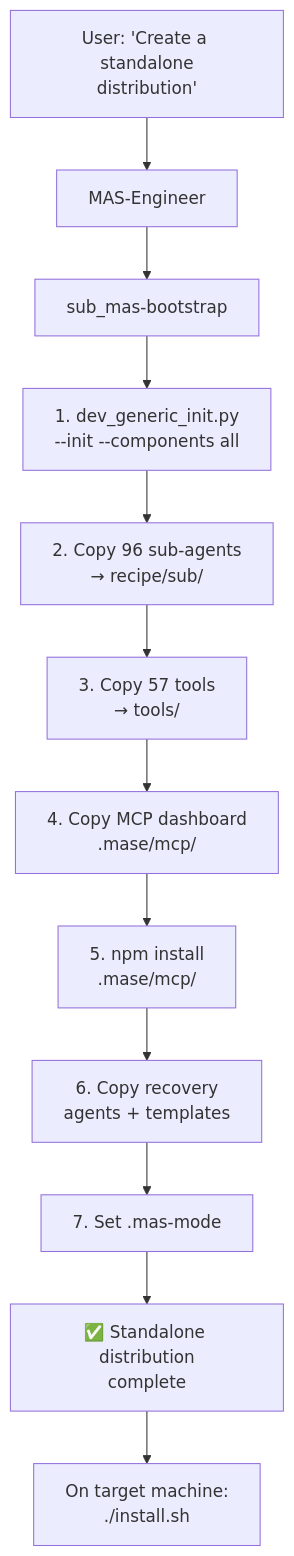
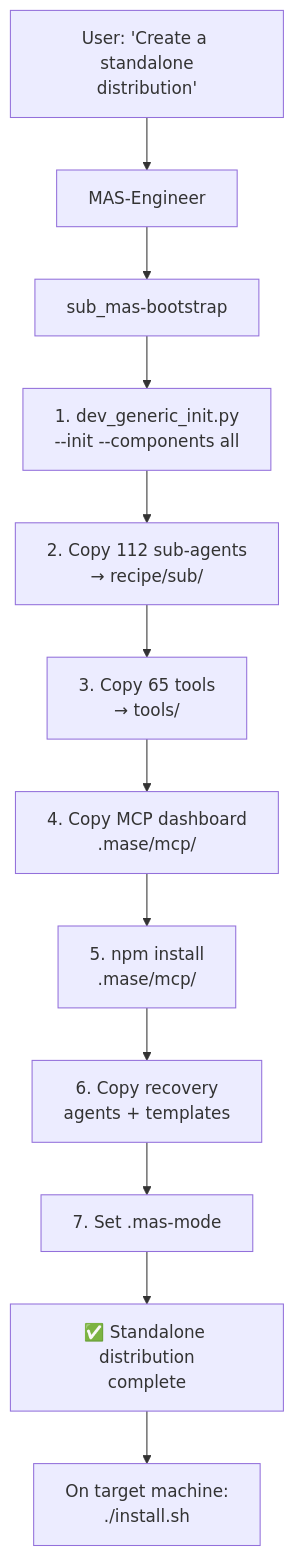
The third of 4 diagrams in docs/usage.md (mczardybon/mas-engineer), drawn with Mermaid before and after one commit. The commit also changed other lines of this file and 9 other files, not shown here.

````diff
--- a/docs/usage.md
+++ b/docs/usage.md
@@ -187,14 +187,14 @@
 ```mermaid
 flowchart TD
     USER["User: 'Create a standalone\ndistribution'"] --> ENGINEER["MAS-Engineer"]
     ENGINEER --> BOOTSTRAP["sub_mas-bootstrap"]
     BOOTSTRAP --> GEN["1. dev_generic_init.py\n--init --components all"]
-    GEN --> AGENTS["2. Copy 96 sub-agents\n→ recipe/sub/"]
-    AGENTS --> TOOLS["3. Copy 57 tools\n→ tools/"]
+    GEN --> AGENTS["2. Copy 112 sub-agents\n→ recipe/sub/"]
+    AGENTS --> TOOLS["3. Copy 65 tools\n→ tools/"]
     TOOLS --> MCP["4. Copy MCP dashboard\n.mase/mcp/"]
     MCP --> NPM["5. npm install\n.mase/mcp/"]
     NPM --> RECOVERY["6. Copy recovery\nagents + templates"]
     RECOVERY --> MODE["7. Set .mas-mode"]
     MODE --> DONE["✅ Standalone distribution\ncomplete"]
     DONE --> INSTALL["On target machine:\n./install.sh"]
 ```
````
